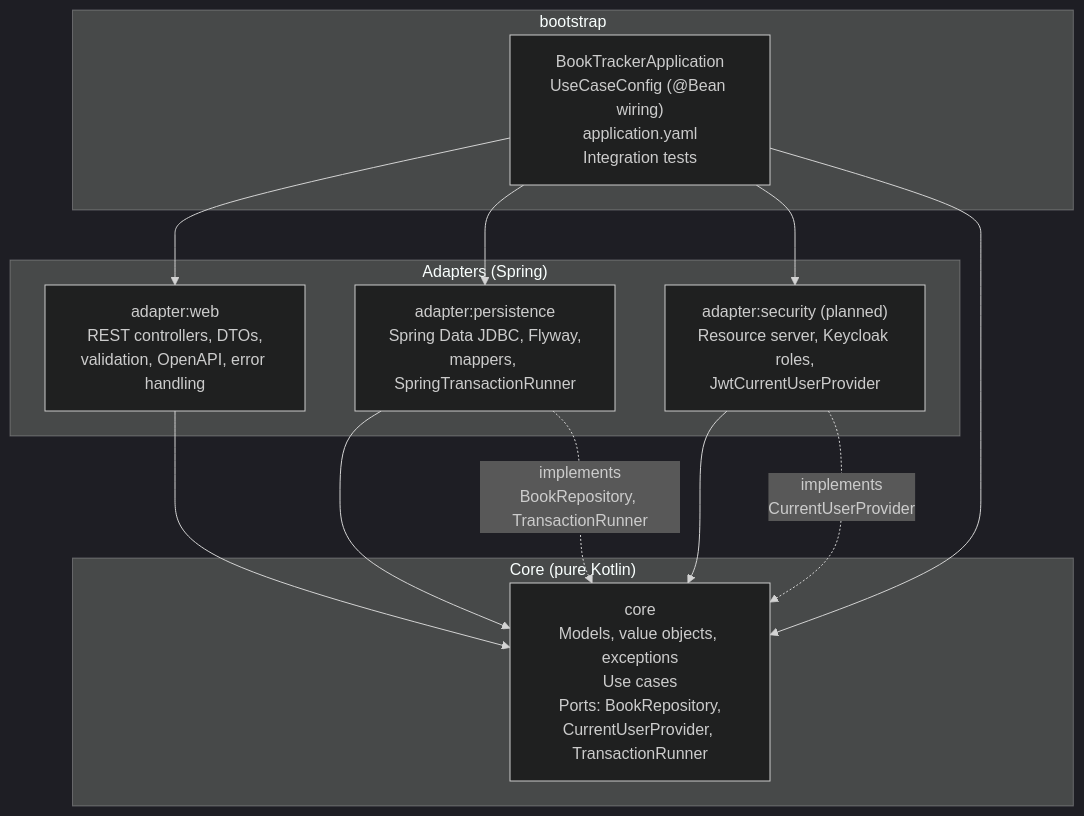
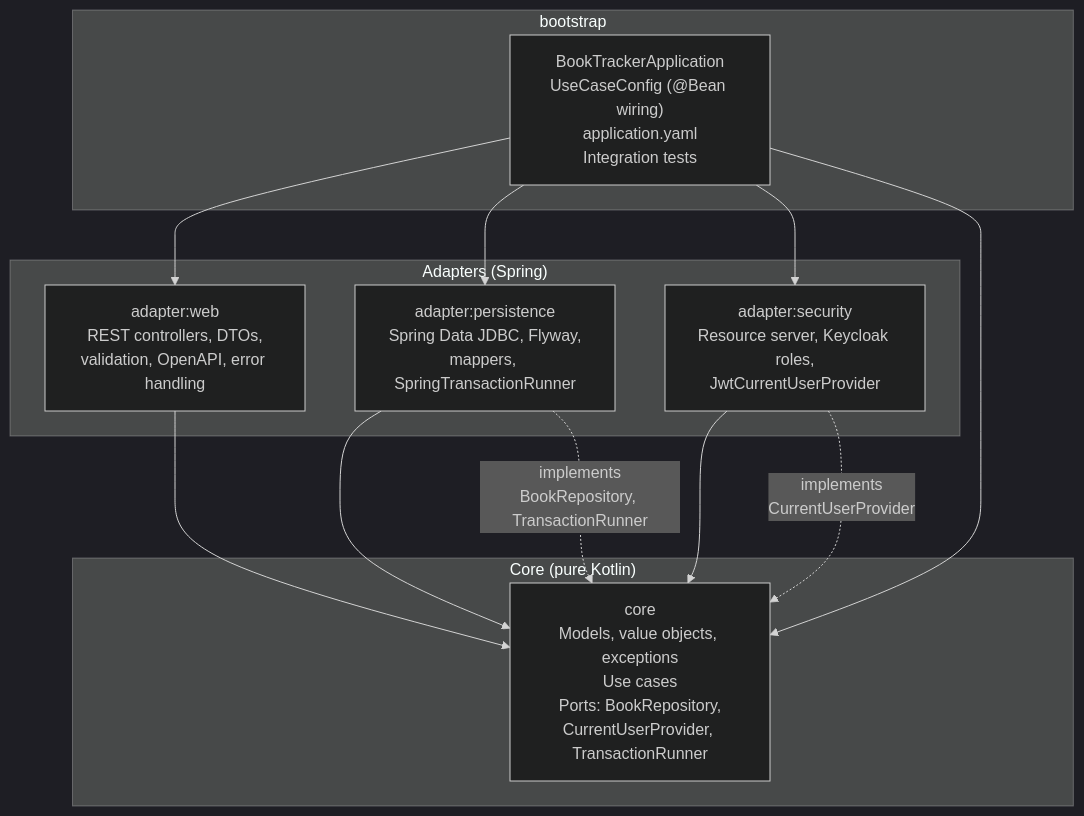
One commit to AnSrwn/BookTracker changed the second of 3 diagrams in backend/docs/architecture.md. Above: the diagram before and after it, drawn with Mermaid (dark theme). The commit also changed other lines of this file and 14 other files, not shown here.

````diff
--- a/backend/docs/architecture.md
+++ b/backend/docs/architecture.md
@@ -54,28 +54,28 @@
 ```mermaid
 flowchart TB
     subgraph boot["bootstrap"]
         bootApp["BookTrackerApplication<br/>UseCaseConfig (@Bean wiring)<br/>application.yaml<br/>Integration tests"]
     end
 
     subgraph adapters["Adapters (Spring)"]
         web["adapter:web<br/>REST controllers, DTOs,<br/>validation, OpenAPI, error handling"]
         persistence["adapter:persistence<br/>Spring Data JDBC, Flyway,<br/>mappers, SpringTransactionRunner"]
-        security["adapter:security (planned)<br/>Resource server, Keycloak roles,<br/>JwtCurrentUserProvider"]
+        security["adapter:security<br/>Resource server, Keycloak roles,<br/>JwtCurrentUserProvider"]
     end
 
     subgraph coreLayer["Core (pure Kotlin)"]
         core["core<br/>Models, value objects, exceptions<br/>Use cases<br/>Ports: BookRepository,<br/>CurrentUserProvider, TransactionRunner"]
     end
 
     bootApp --> web
     bootApp --> persistence
     bootApp --> security
     bootApp --> core
 
     web --> core
     persistence --> core
     security --> core
 
     persistence -. "implements<br/>BookRepository, TransactionRunner" .-> core
     security -. "implements<br/>CurrentUserProvider" .-> core
 ```
````
